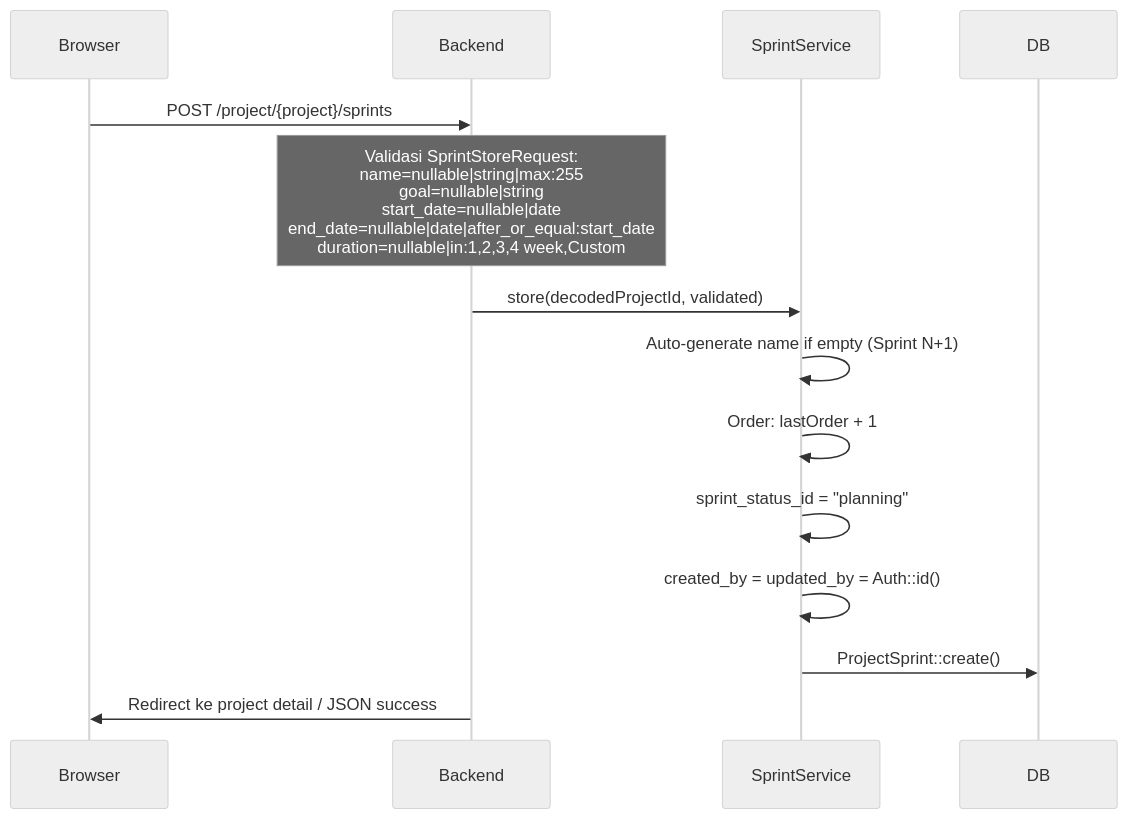
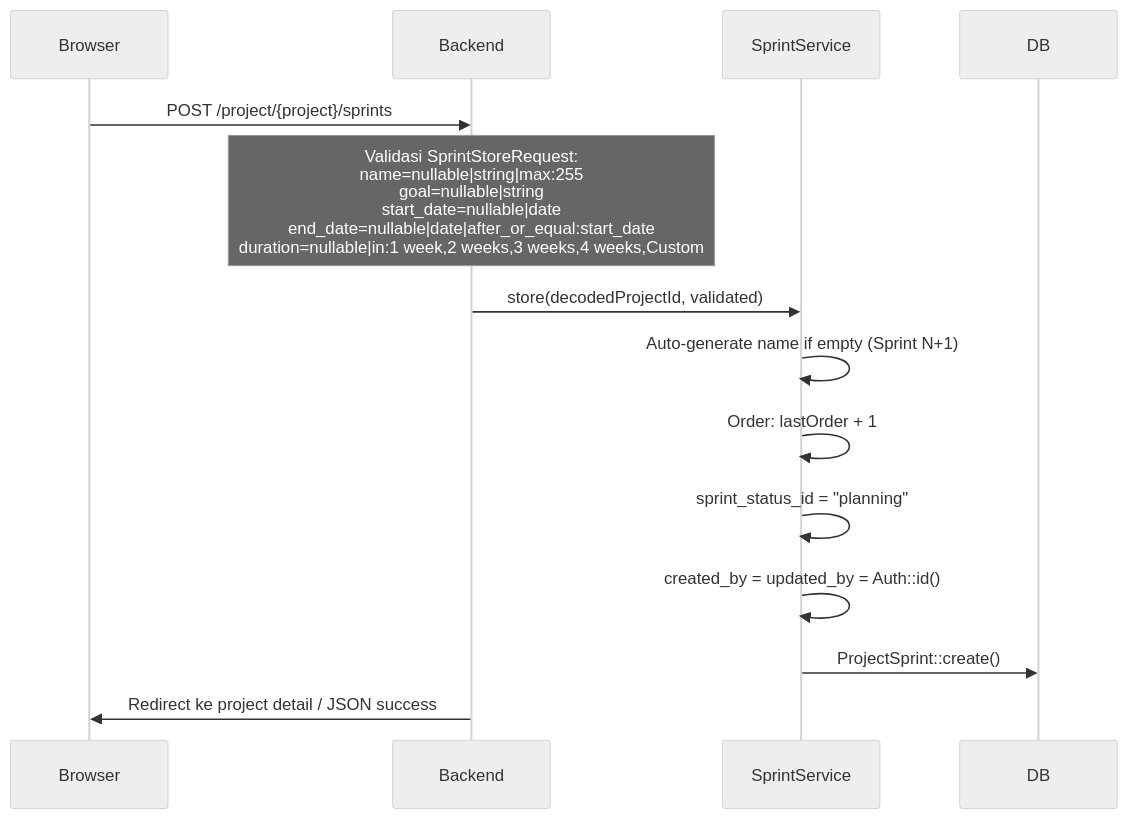
One commit to priamitra273/laptoplain changed the first of 7 diagrams in docs/sprint/management.md. Above: the diagram before and after it, drawn with Mermaid (neutral theme). The commit also changed other lines of this file and 14 other files, not shown here.

````diff
--- a/docs/sprint/management.md
+++ b/docs/sprint/management.md
@@ -11,13 +11,13 @@
 ```mermaid
 sequenceDiagram
     Browser->>Backend: POST /project/{project}/sprints
-    Note over Backend: Validasi SprintStoreRequest:<br/>name=nullable|string|max:255<br/>goal=nullable|string<br/>start_date=nullable|date<br/>end_date=nullable|date|after_or_equal:start_date<br/>duration=nullable|in:1,2,3,4 week,Custom
+    Note over Backend: Validasi SprintStoreRequest:<br/>name=nullable|string|max:255<br/>goal=nullable|string<br/>start_date=nullable|date<br/>end_date=nullable|date|after_or_equal:start_date<br/>duration=nullable|in:1 week,2 weeks,3 weeks,4 weeks,Custom
 
     Backend->>SprintService: store(decodedProjectId, validated)
     SprintService->>SprintService: Auto-generate name if empty (Sprint N+1)
     SprintService->>SprintService: Order: lastOrder + 1
     SprintService->>SprintService: sprint_status_id = "planning"
     SprintService->>SprintService: created_by = updated_by = Auth::id()
     SprintService->>DB: ProjectSprint::create()
     Backend->>Browser: Redirect ke project detail / JSON success
 ```
````
